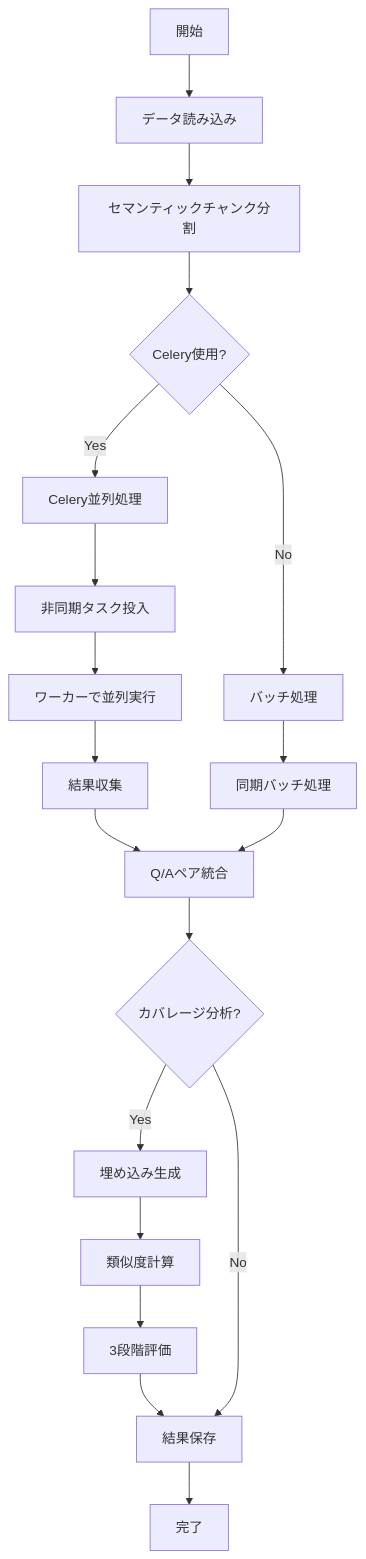
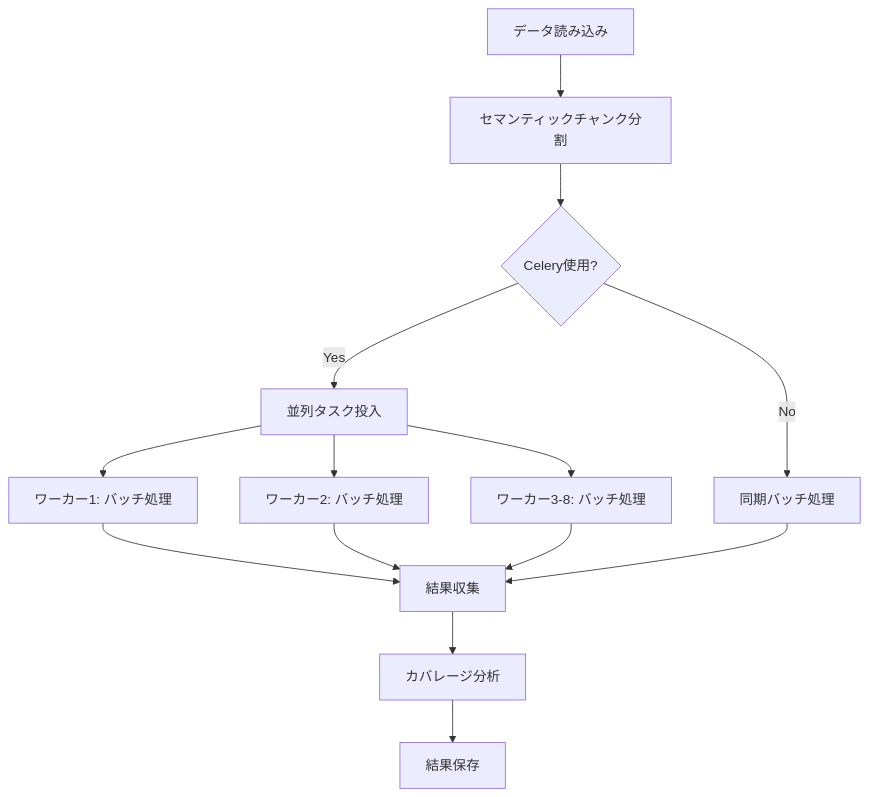
One commit to nakashima2toshio/openai_rag_qa_jp changed the diagram in doc/a02_make_qa_para.md. Above: the diagram before and after it, drawn with Mermaid. The commit also changed other lines of this file and 8 other files, not shown here.

````diff
--- a/doc/a02_make_qa_para.md
+++ b/doc/a02_make_qa_para.md
@@ -125,21 +162,16 @@
 ```mermaid
 graph TD
-    A[開始] --> B[データ読み込み]
-    B --> C[セマンティックチャンク分割]
-    C --> D{Celery使用?}
-    D -->|Yes| E[Celery並列処理]
-    D -->|No| F[バッチ処理]
-    E --> G[非同期タスク投入]
-    G --> H[ワーカーで並列実行]
-    H --> I[結果収集]
-    F --> J[同期バッチ処理]
-    I --> K[Q/Aペア統合]
-    J --> K
-    K --> L{カバレージ分析?}
-    L -->|Yes| M[埋め込み生成]
-    M --> N[類似度計算]
-    N --> O[3段階評価]
-    O --> P[結果保存]
-    L -->|No| P
-    P --> Q[完了]
+    A[データ読み込み] --> B[セマンティックチャンク分割]
+    B --> C{Celery使用?}
+    C -->|Yes| D[並列タスク投入]
+    C -->|No| E[同期バッチ処理]
+    D --> F[ワーカー1: バッチ処理]
+    D --> G[ワーカー2: バッチ処理]
+    D --> H[ワーカー3-8: バッチ処理]
+    F --> I[結果収集]
+    G --> I
+    H --> I
+    E --> I
+    I --> J[カバレージ分析]
+    J --> K[結果保存]
 ```
````
